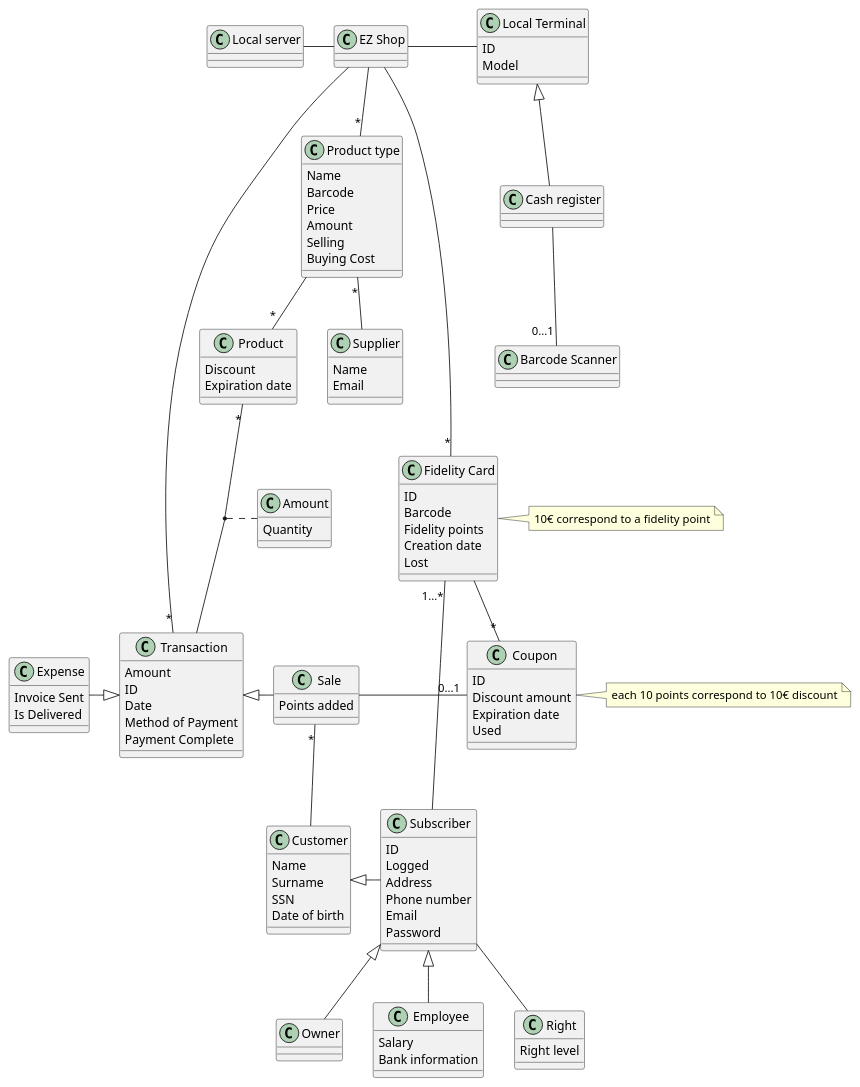
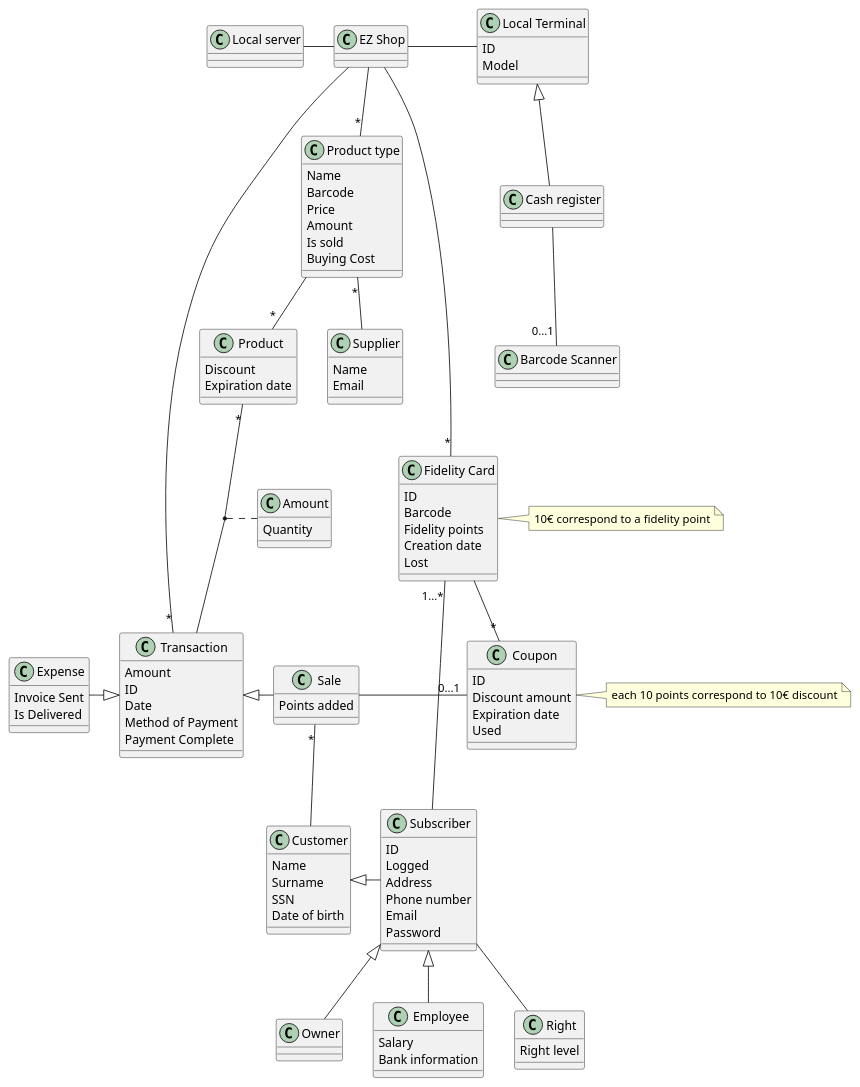
The fifth of 7 diagrams in Deliverables/RequirementsDocument.md (nicolabattaglino/ezshop), drawn with PlantUML before and after one commit. The commit also changed other lines of this file and 1 other file, not shown here.

Commit message:
poduct ttyppe field selling changed into is sold

```diff
--- a/Deliverables/RequirementsDocument.md
+++ b/Deliverables/RequirementsDocument.md
@@ -817,9 +817,10 @@
 Barcode
 Price 
 Amount
-Selling
+Is sold
 Buying Cost
 }
+
 class "Coupon" as coupon{
 ID
 Discount amount
```
